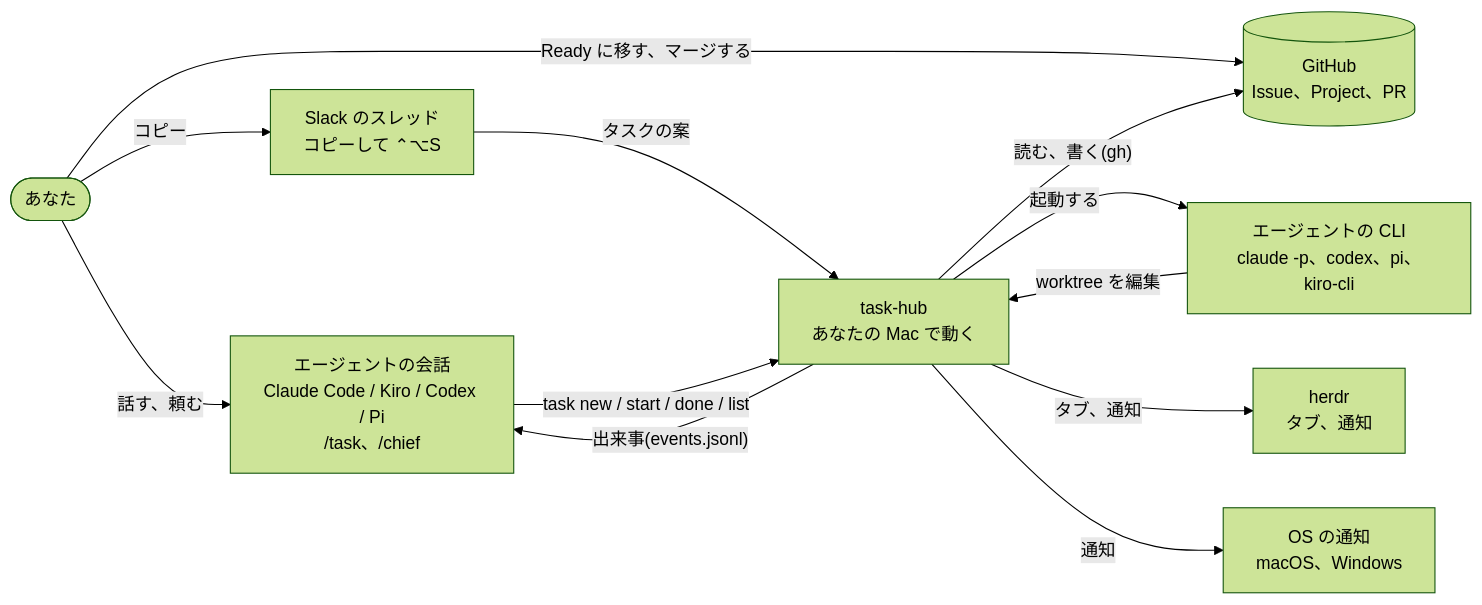
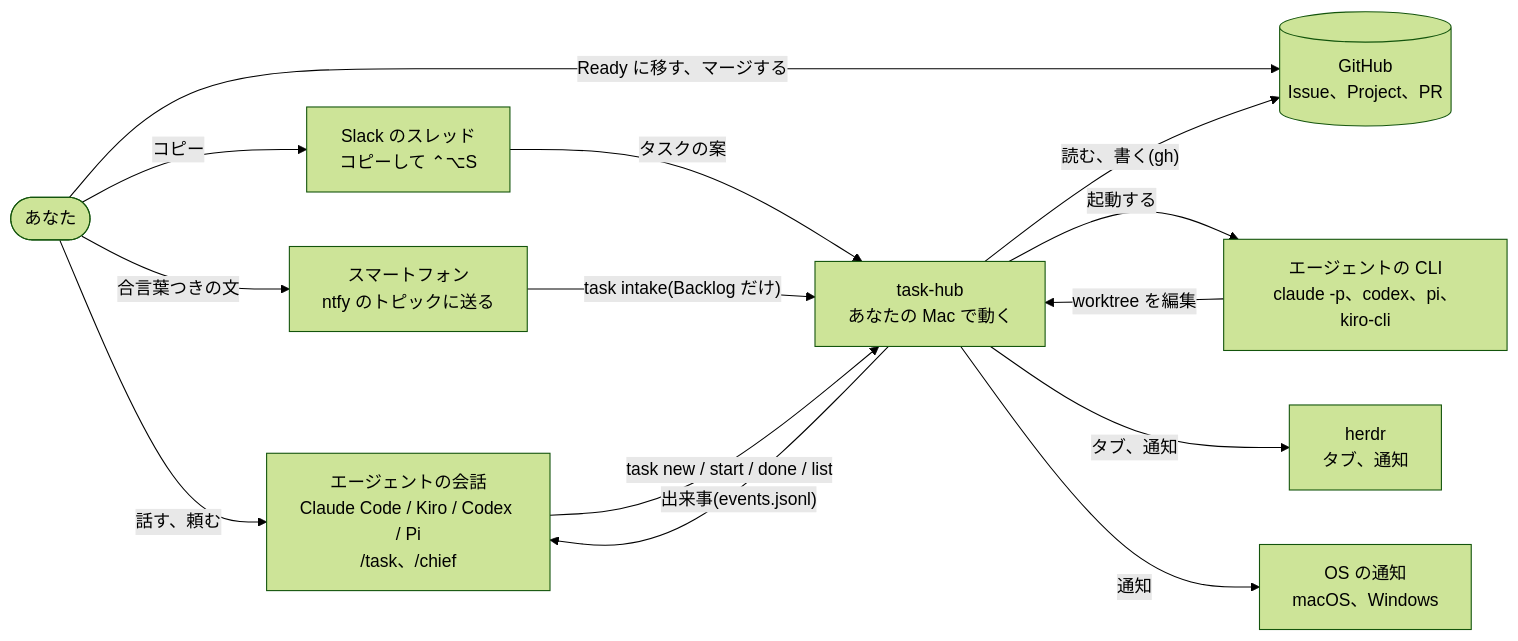
Before and after one commit to jyoka/task-hub: the first of 6 diagrams in docs/architecture/hld.md, drawn with Mermaid (forest theme). The commit also changed other lines of this file and 9 other files, not shown here.

Commit message:
task 4: Self-hosted dev assistant (2/6): phone intake

````diff
--- a/docs/architecture/hld.md
+++ b/docs/architecture/hld.md
@@ -20,23 +20,26 @@
 ```mermaid
 flowchart LR
     you(["あなた"])
     chat["エージェントの会話<br/>Claude Code / Kiro / Codex / Pi<br/>/task、/chief"]
     slack["Slack のスレッド<br/>コピーして ⌃⌥S"]
+    phone["スマートフォン<br/>ntfy のトピックに送る"]
     th["task-hub<br/>あなたの Mac で動く"]
     gh[("GitHub<br/>Issue、Project、PR")]
     agents["エージェントの CLI<br/>claude -p、codex、pi、kiro-cli"]
     herdr["herdr<br/>タブ、通知"]
     os["OS の通知<br/>macOS、Windows"]
 
     you -- "話す、頼む" --> chat
     you -- "Ready に移す、マージする" --> gh
     you -- "コピー" --> slack
     slack -- "タスクの案" --> th
+    you -- "合言葉つきの文" --> phone
+    phone -- "task intake(Backlog だけ)" --> th
     chat -- "task new / start / done / list" --> th
     th -- "読む、書く(gh)" --> gh
     th -- "起動する" --> agents
     agents -- "worktree を編集" --> th
     th -- "タブ、通知" --> herdr
     th -- "通知" --> os
     th -- "出来事(events.jsonl)" --> chat
 ```
````
